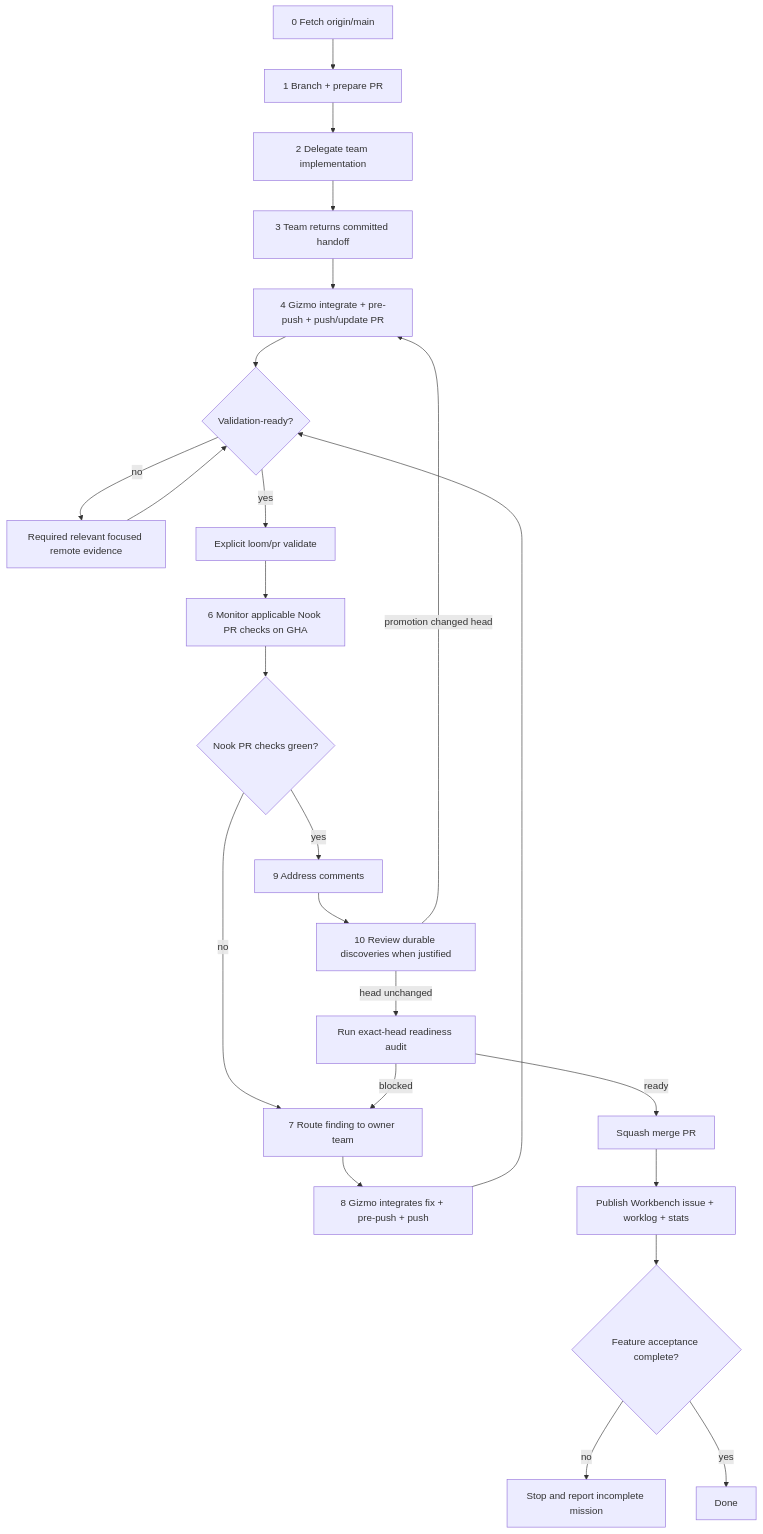
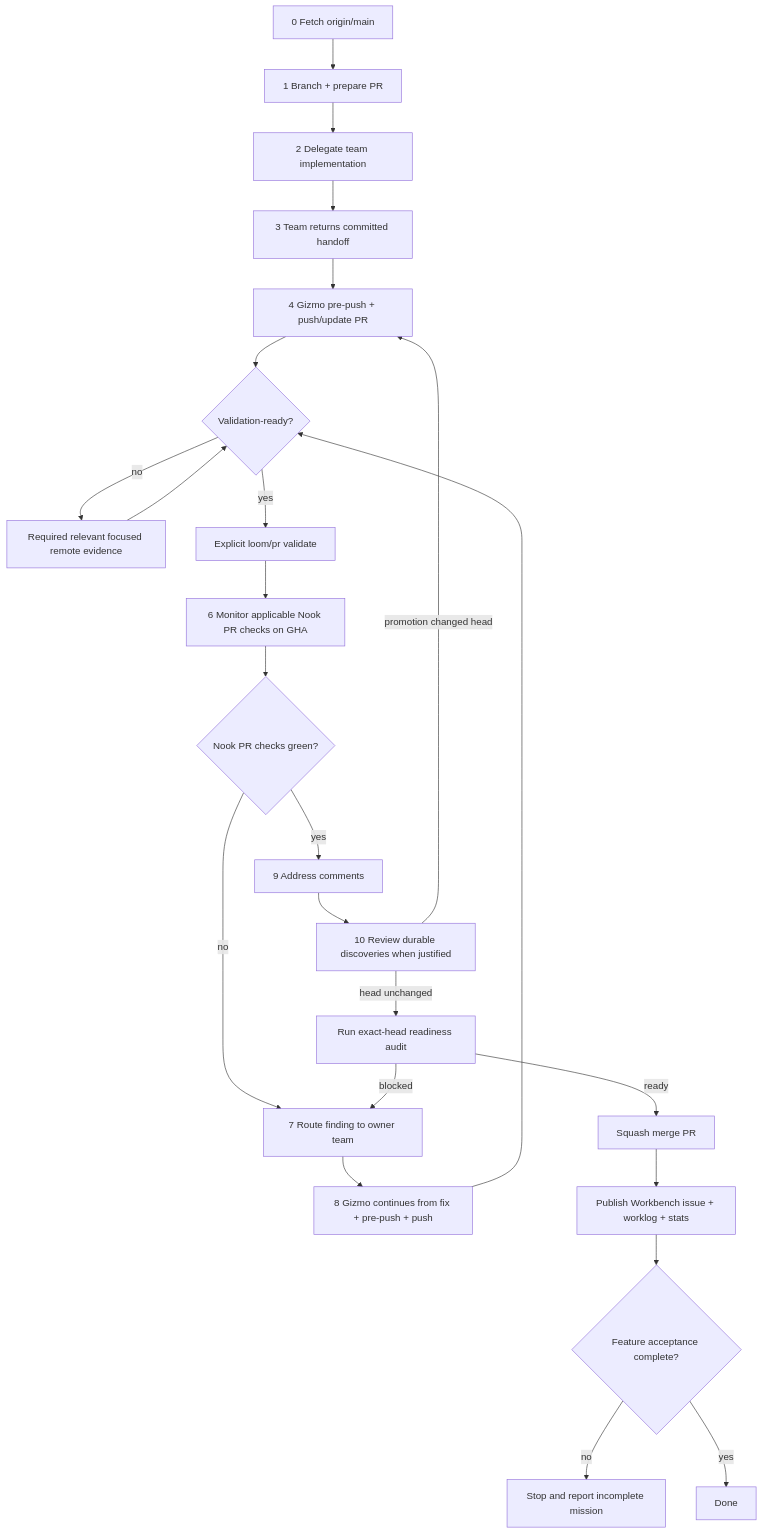
The diagram in .cortex/gizmo/workflows/pull-requests.md (meta-secret/nook), drawn with Mermaid before and after one commit. The commit also changed other lines of this file and 80 other files, not shown here.

````diff
--- a/.cortex/gizmo/workflows/pull-requests.md
+++ b/.cortex/gizmo/workflows/pull-requests.md
@@ -280,26 +213,26 @@
 ```mermaid
 flowchart TD
   Z[0 Fetch origin/main] --> A[1 Branch + prepare PR]
   A --> I[2 Delegate team implementation]
   I --> CMT[3 Team returns committed handoff]
-  CMT --> E[4 Gizmo integrate + pre-push + push/update PR]
+  CMT --> E[4 Gizmo pre-push + push/update PR]
   E --> D{Validation-ready?}
   D -->|no| X[Required relevant focused remote evidence]
   D -->|yes| V[Explicit loom/pr validate]
   X --> D
   V --> F[6 Monitor applicable Nook PR checks on GHA]
   F --> G{Nook PR checks green?}
   G -->|no| H[7 Route finding to owner team]
-  H --> PUSH[8 Gizmo integrates fix + pre-push + push]
+  H --> PUSH[8 Gizmo continues from fix + pre-push + push]
   PUSH --> D
   G -->|yes| C[9 Address comments]
   C --> SI[10 Review durable discoveries when justified]
   SI -->|promotion changed head| E
   SI -->|head unchanged| R[Run exact-head readiness audit]
   R -->|blocked| H
   R -->|ready| M[Squash merge PR]
   M --> S[Publish Workbench issue + worklog + stats]
   S --> J{Feature acceptance complete?}
   J -->|no| B[Stop and report incomplete mission]
   J -->|yes| K[Done]
 ```
````
